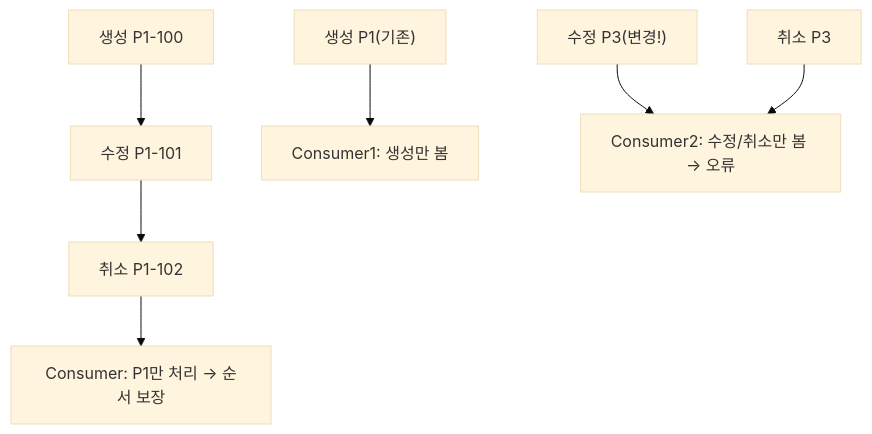
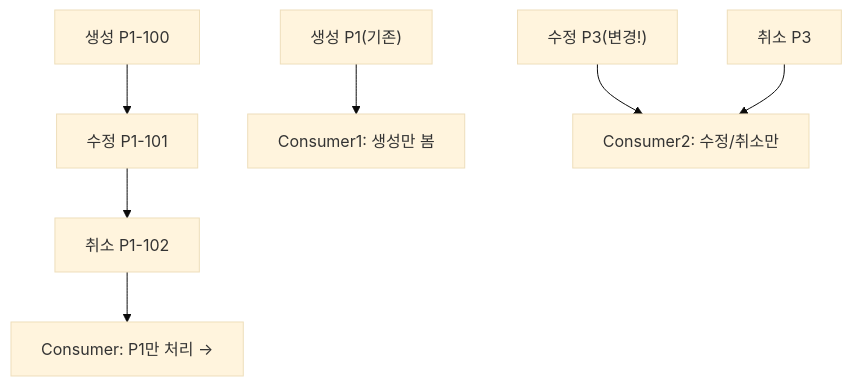
Before and after one commit to yjkim2015/yjkim2015.github.io: the eighth of 21 diagrams in _posts/kafka/2026-05-01-kafka-extreme-scenarios.md, drawn with Mermaid (base theme). The commit also changed other lines of this file and 271 other files, not shown here.

First line of the commit message:
Mermaid 라벨 축소: 긴 노드 텍스트 18자 이하로 트림 + \n 제거

````diff
--- a/_posts/kafka/2026-05-01-kafka-extreme-scenarios.md
+++ b/_posts/kafka/2026-05-01-kafka-extreme-scenarios.md
@@ -228,8 +228,8 @@
 ```mermaid
 graph TD
     B1["생성 P1-100"] --> B2["수정 P1-101"] --> B3["취소 P1-102"]
-    B3 --> B4["Consumer: P1만 처리 → 순서 보장"]
+    B3 --> B4["Consumer: P1만 처리 →"]
     A1["생성 P1(기존)"] --> A4["Consumer1: 생성만 봄"]
-    A2["수정 P3(변경!)"] --> A5["Consumer2: 수정/취소만 봄 → 오류"]
+    A2["수정 P3(변경!)"] --> A5["Consumer2: 수정/취소만"]
     A3["취소 P3"] --> A5
 ```
````
